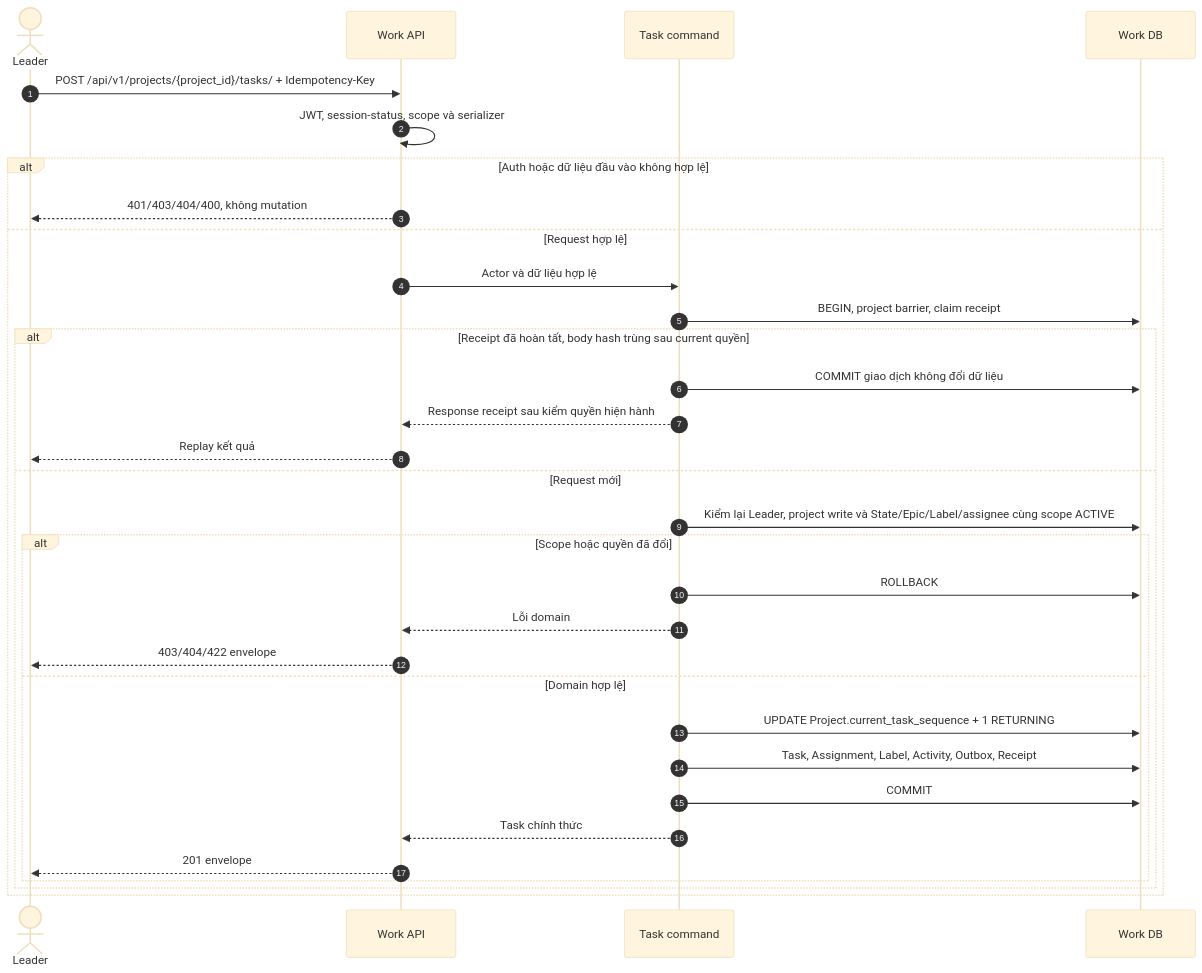
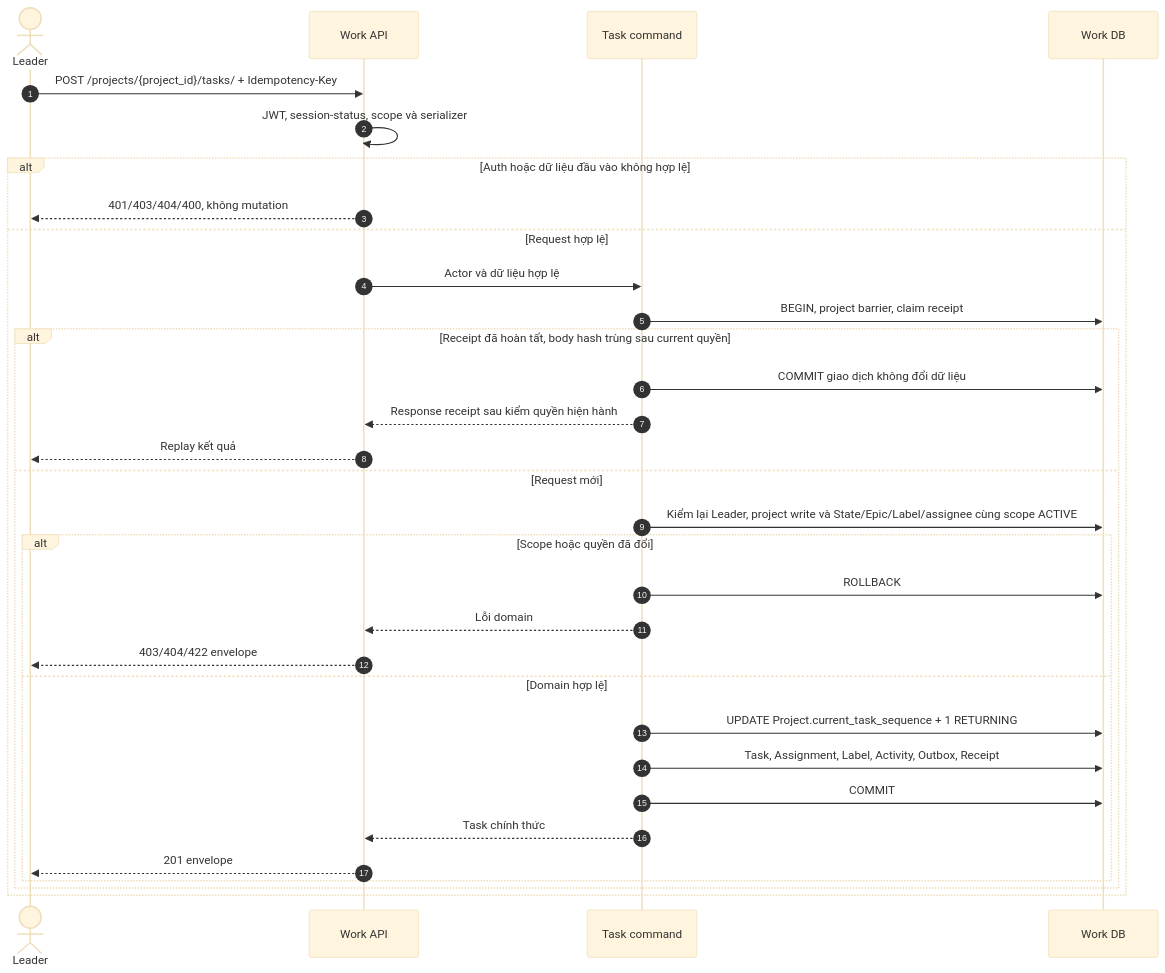
One commit to TriNguyenThanh/UTask changed the first of 12 diagrams in docs/diagram/work-service/sequence.md. Above: the diagram before and after it, drawn with Mermaid (base theme). The commit also changed other lines of this file and 68 other files, not shown here.

````diff
--- a/docs/diagram/work-service/sequence.md
+++ b/docs/diagram/work-service/sequence.md
@@ -39,34 +39,34 @@
 ```mermaid
 sequenceDiagram
     autonumber
     actor L as Leader
     participant A as Work API
     participant S as Task command
     participant D as Work DB
-    L->>A: POST /api/v1/projects/{project_id}/tasks/ + Idempotency-Key
+    L->>A: POST /projects/{project_id}/tasks/ + Idempotency-Key
     A->>A: JWT, session-status, scope và serializer
     alt Auth hoặc dữ liệu đầu vào không hợp lệ
         A-->>L: 401/403/404/400, không mutation
     else Request hợp lệ
         A->>S: Actor và dữ liệu hợp lệ
         S->>D: BEGIN, project barrier, claim receipt
         alt Receipt đã hoàn tất, body hash trùng sau current quyền
             S->>D: COMMIT giao dịch không đổi dữ liệu
             S-->>A: Response receipt sau kiểm quyền hiện hành
             A-->>L: Replay kết quả
         else Request mới
             S->>D: Kiểm lại Leader, project write và State/Epic/Label/assignee cùng scope ACTIVE
             alt Scope hoặc quyền đã đổi
                 S->>D: ROLLBACK
                 S-->>A: Lỗi domain
                 A-->>L: 403/404/422 envelope
             else Domain hợp lệ
                 S->>D: UPDATE Project.current_task_sequence + 1 RETURNING
                 S->>D: Task, Assignment, Label, Activity, Outbox, Receipt
                 S->>D: COMMIT
                 S-->>A: Task chính thức
                 A-->>L: 201 envelope
             end
         end
     end
 ```
````
